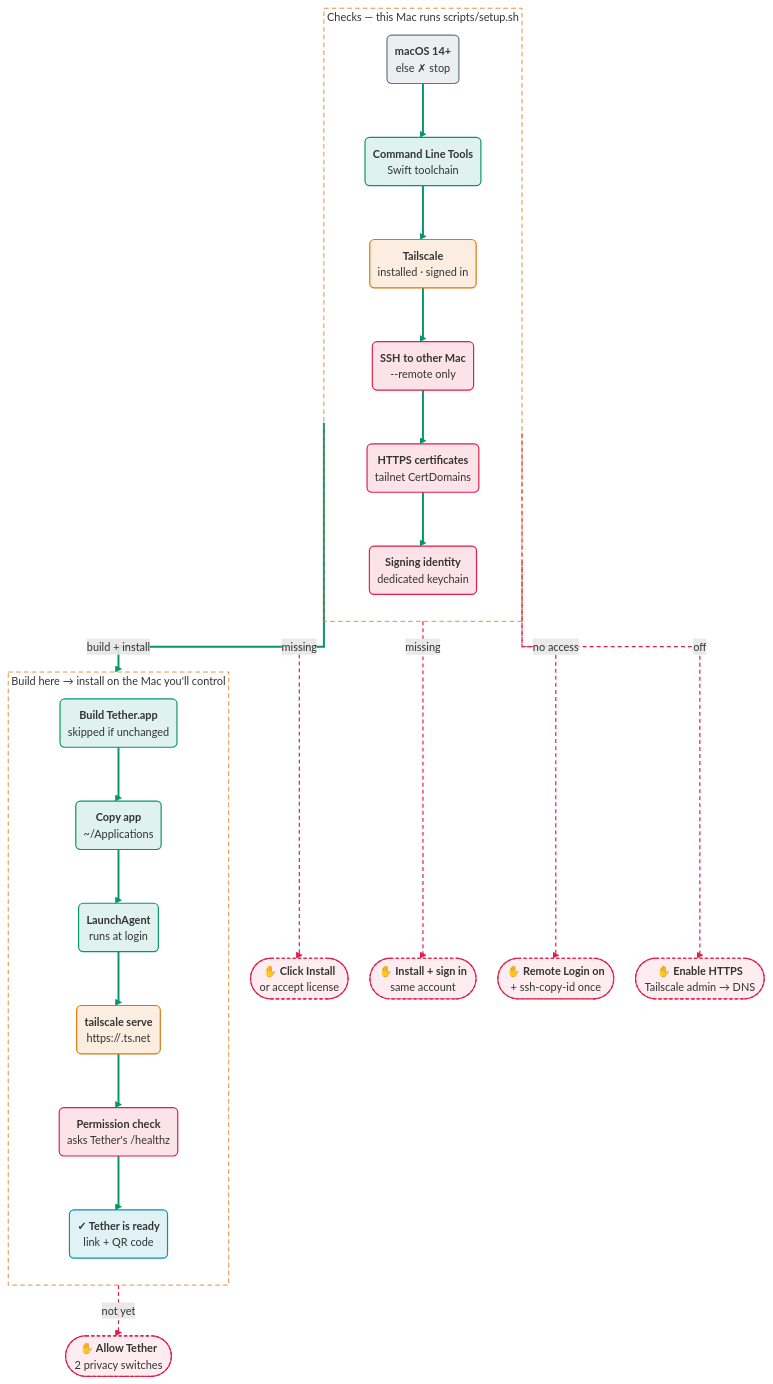
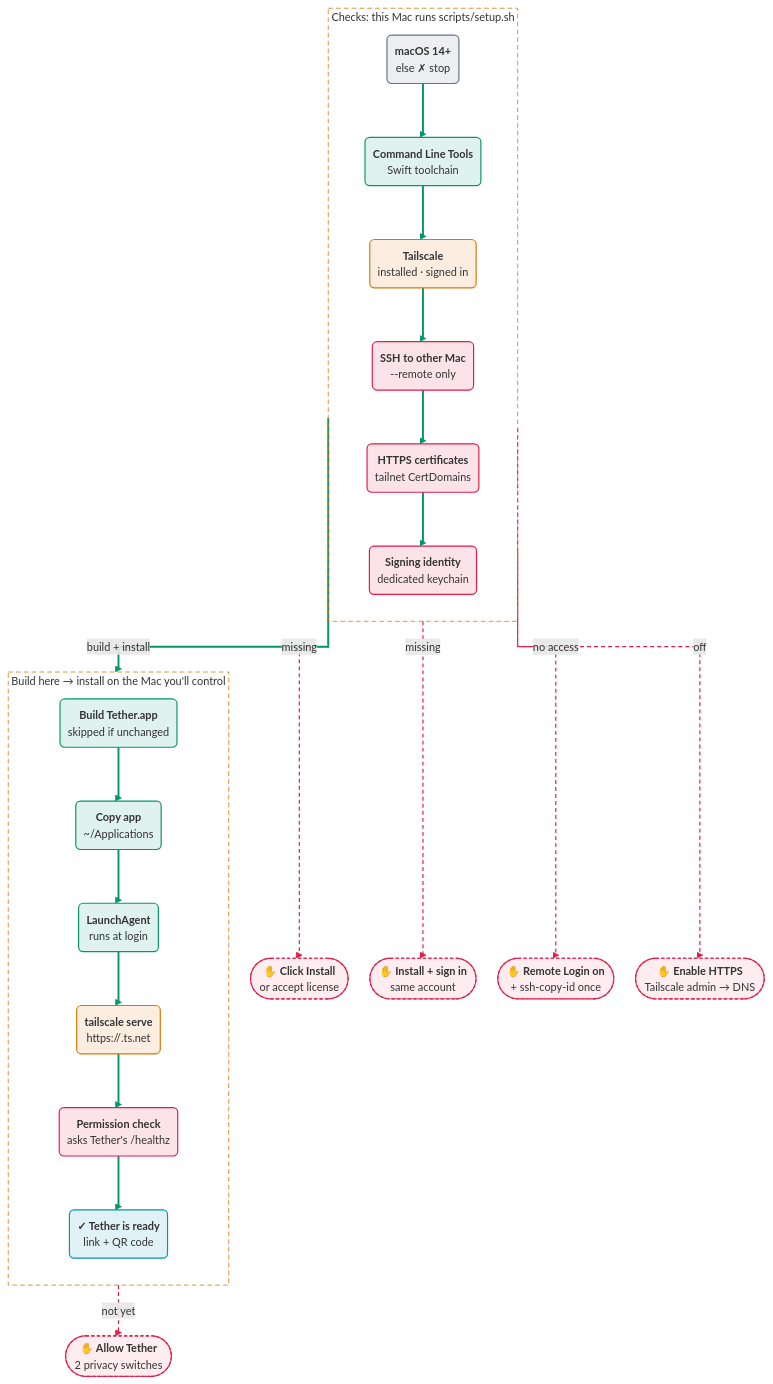
One commit to jordanromines-jpg/tether changed the second of 2 diagrams in README.md. Above: the diagram before and after it, drawn with Mermaid. The commit also changed 47 other files, not shown here.

````diff
--- a/README.md
+++ b/README.md
@@ -261,7 +261,7 @@
 ```mermaid
 %%{init: {"flowchart": {"curve": "stepBefore", "nodeSpacing": 28, "rankSpacing": 44, "padding": 10}, "themeVariables": {"fontSize": "14px"}}}%%
 flowchart TB
-  subgraph CHECKS["Checks — this Mac runs scripts/setup.sh"]
+  subgraph CHECKS["Checks: this Mac runs scripts/setup.sh"]
     direction TB
     macos("`**macOS 14+**
 else ✗ stop`"):::external
````
